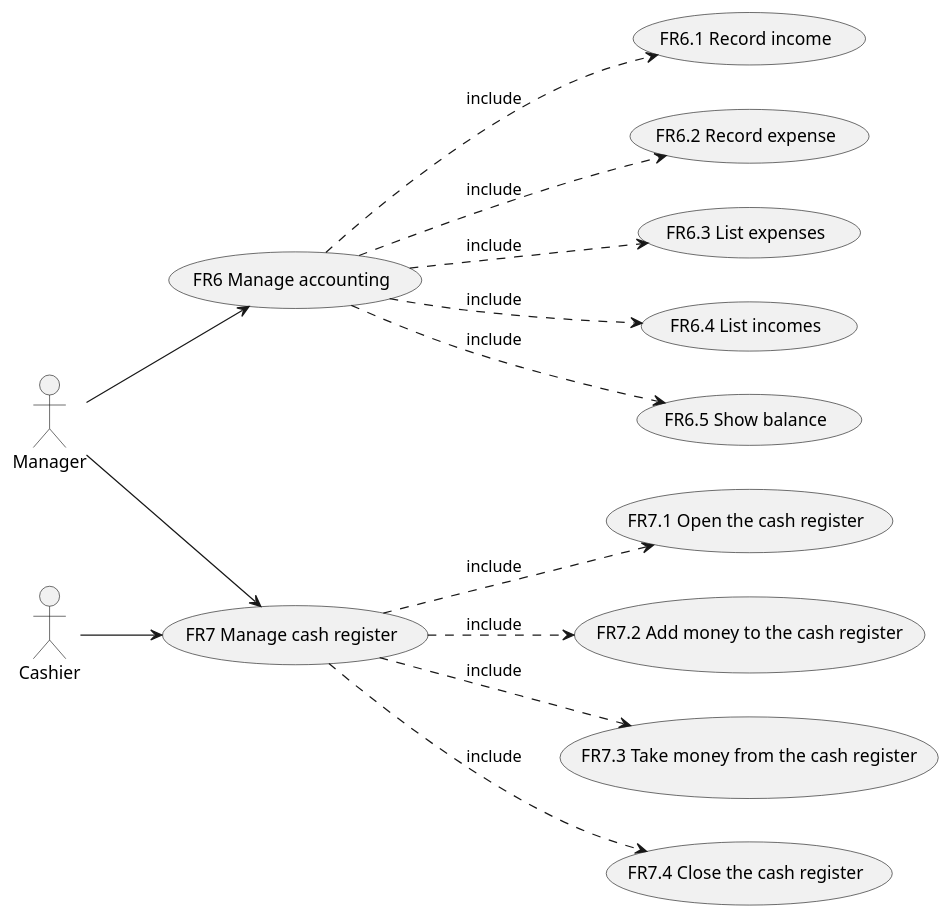
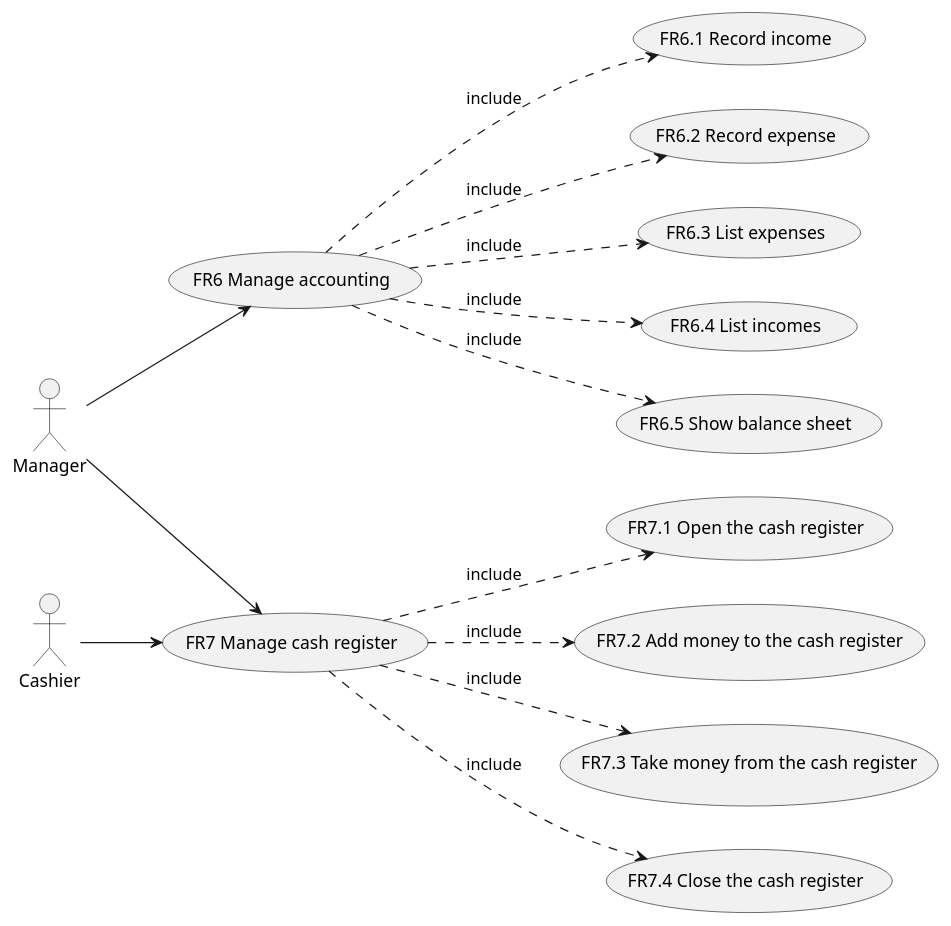
One commit to giuseppesalvi/ezshop changed the sixth of 8 diagrams in Deliverables/RequirementsDocument.md. Above: the diagram before and after it, drawn with PlantUML. The commit also changed other lines of this file, not shown here.

Commit message:
Update RequirementsDocument.md: added usecases for accounting part

````diff
--- a/Deliverables/RequirementsDocument.md
+++ b/Deliverables/RequirementsDocument.md
@@ -271,17 +268,17 @@
 ```plantuml
 left to right direction
 (FR6 Manage accounting) .down.> (FR6.1 Record income) :include
 (FR6 Manage accounting) .down.> (FR6.2 Record expense) :include
 (FR6 Manage accounting) .down.> (FR6.3 List expenses) :include
 (FR6 Manage accounting) .down.> (FR6.4 List incomes) :include
-(FR6 Manage accounting) .down.> (FR6.5 Show balance) :include
+(FR6 Manage accounting) .down.> (FR6.5 Show balance sheet) :include
 (FR7 Manage cash register) .down.> (FR7.1 Open the cash register) :include
 (FR7 Manage cash register) .down.> (FR7.2 Add money to the cash register) :include
 (FR7 Manage cash register) .down.> (FR7.3 Take money from the cash register) :include
 (FR7 Manage cash register) .down.> (FR7.4 Close the cash register) :include
 
 
 :Manager: --> (FR6 Manage accounting)
 :Manager: --> (FR7 Manage cash register)
 :Cashier: --> (FR7 Manage cash register)
 ```
````
